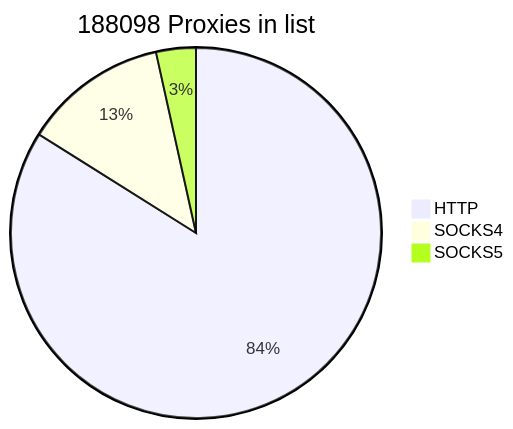
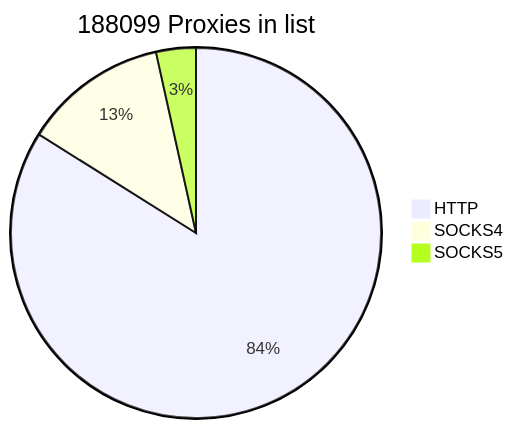
Before and after one commit to cutipu/proxylist: the first of 2 diagrams in README.md, drawn with Mermaid. The commit also changed other lines of this file, not shown here.

````diff
--- a/README.md
+++ b/README.md
@@ -2,7 +2,7 @@
 ```mermaid
-pie title 188098 Proxies in list
+pie title 188099 Proxies in list
     "HTTP" : 157856
-    "SOCKS4" : 23718
-    "SOCKS5" : 6524
+    "SOCKS4" : 23720
+    "SOCKS5" : 6523
             
 ```
````
